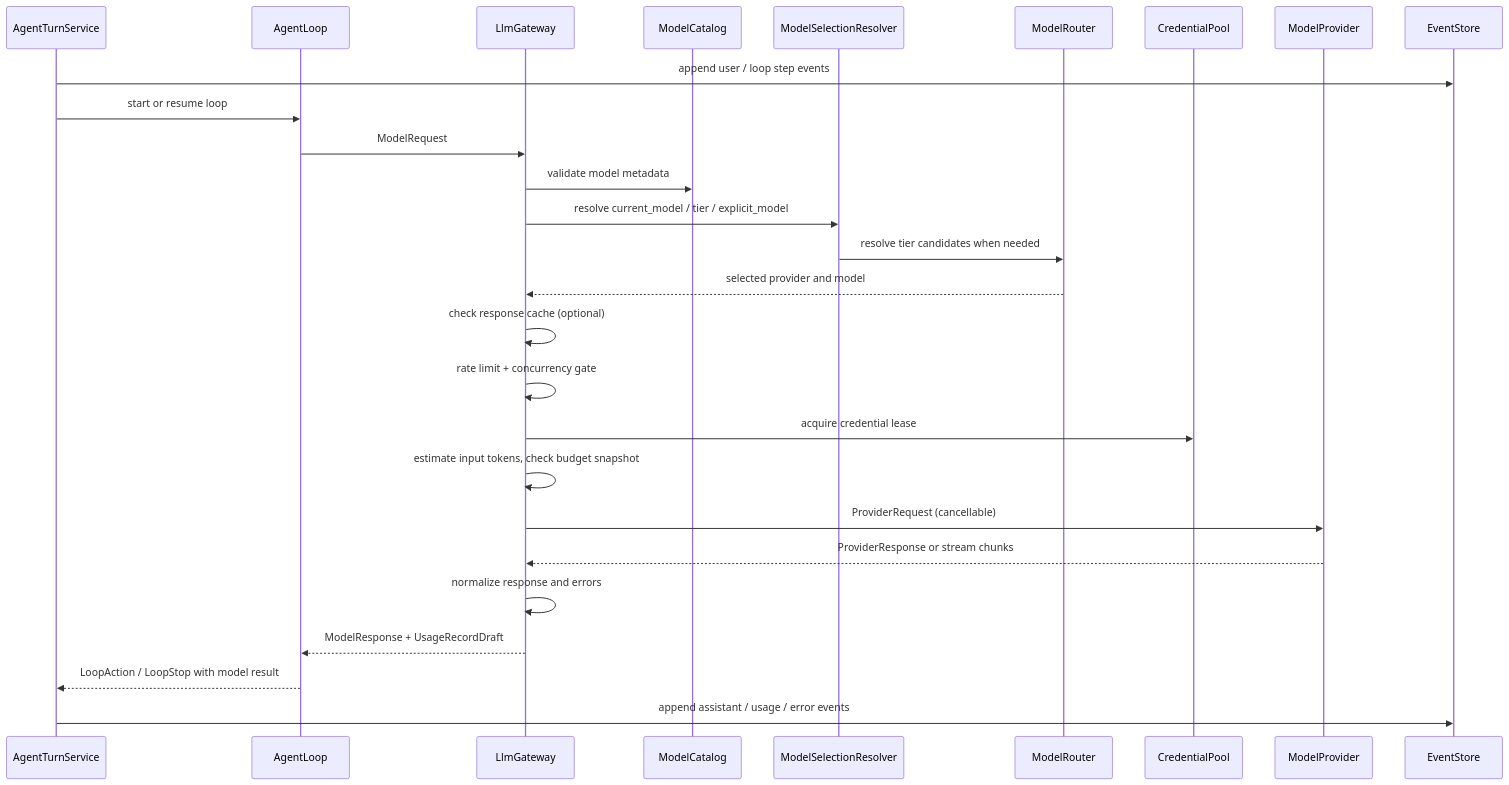
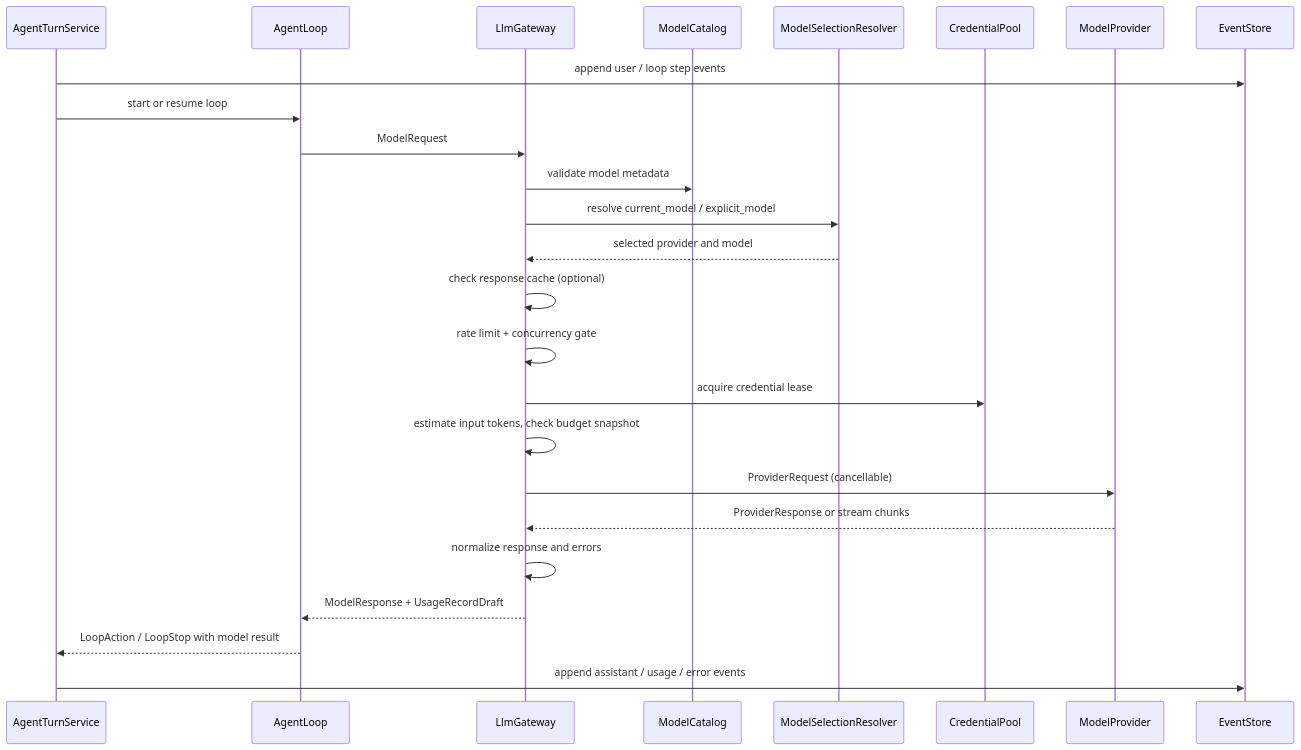
The diagram in docs/adr/2026-07-01-0011-采用统一LLM调用网关支持多供应商.md (qubaolai/ForgeCLI), drawn with Mermaid before and after one commit. The commit also changed other lines of this file and 12 other files, not shown here.

````diff
--- a/docs/adr/2026-07-01-0011-采用统一LLM调用网关支持多供应商.md
+++ b/docs/adr/2026-07-01-0011-采用统一LLM调用网关支持多供应商.md
@@ -580,30 +505,28 @@
 ```mermaid
 sequenceDiagram
     participant ATS as AgentTurnService
     participant AL as AgentLoop
     participant GW as LlmGateway
     participant CAT as ModelCatalog
     participant SEL as ModelSelectionResolver
-    participant ROUTER as ModelRouter
     participant CRED as CredentialPool
     participant P as ModelProvider
     participant STORE as EventStore
 
     ATS->>STORE: append user / loop step events
     ATS->>AL: start or resume loop
     AL->>GW: ModelRequest
     GW->>CAT: validate model metadata
-    GW->>SEL: resolve current_model / tier / explicit_model
-    SEL->>ROUTER: resolve tier candidates when needed
-    ROUTER-->>GW: selected provider and model
+    GW->>SEL: resolve current_model / explicit_model
+    SEL-->>GW: selected provider and model
     GW->>GW: check response cache (optional)
     GW->>GW: rate limit + concurrency gate
     GW->>CRED: acquire credential lease
     GW->>GW: estimate input tokens, check budget snapshot
     GW->>P: ProviderRequest (cancellable)
     P-->>GW: ProviderResponse or stream chunks
     GW->>GW: normalize response and errors
     GW-->>AL: ModelResponse + UsageRecordDraft
     AL-->>ATS: LoopAction / LoopStop with model result
     ATS->>STORE: append assistant / usage / error events
 ```
````
